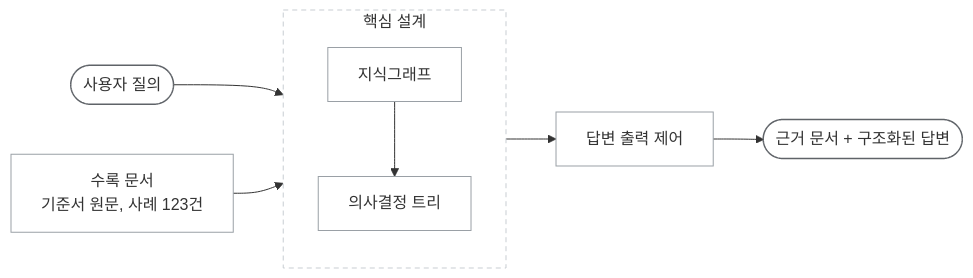
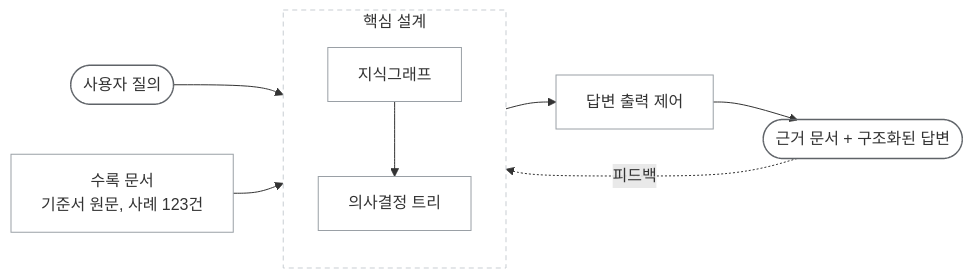
One commit to ghdtjrgns321-creator/k-ifrs-1115 changed the first of 4 diagrams in README.md. Above: the diagram before and after it, drawn with Mermaid. The commit also changed other lines of this file, not shown here.

First line of the commit message:
docs(readme): 피드백 절 재작성, 개요 수치·평가 지표 정정

````diff
--- a/README.md
+++ b/README.md
@@ -13,19 +13,20 @@
 ```mermaid
 flowchart LR
     Q(["사용자 질의"]) --> KG
 
     subgraph CORE["핵심 설계"]
         direction TB
         KG["지식그래프"] --> DT["의사결정 트리"]
     end
 
     DOC["수록 문서<br/>기준서 원문, 사례 123건"] --> KG
     DT --> OUT["답변 출력 제어"]
     OUT --> ANS(["근거 문서 + 구조화된 답변"])
+    ANS -.->|피드백| KG
 
     classDef step fill:none,stroke:#9aa0a6,stroke-width:1px
     classDef port fill:none,stroke:#5f6368,stroke-width:1.5px
     class DOC,KG,DT,OUT step
     class Q,ANS port
     style CORE fill:none,stroke:#c8cdd2,stroke-dasharray:5 4
 ```
````
